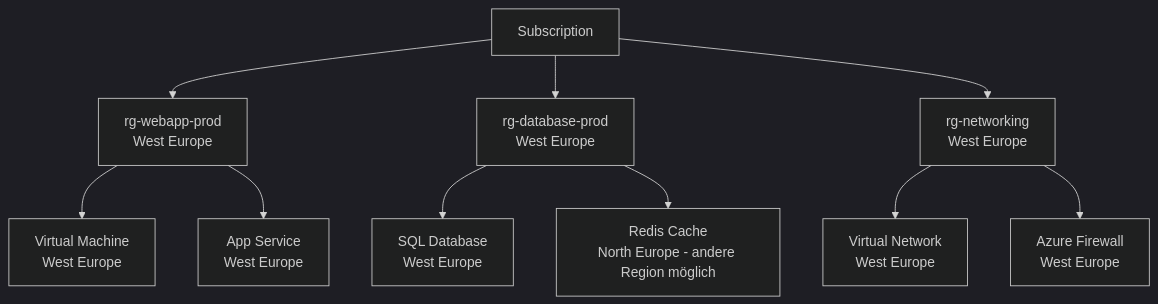
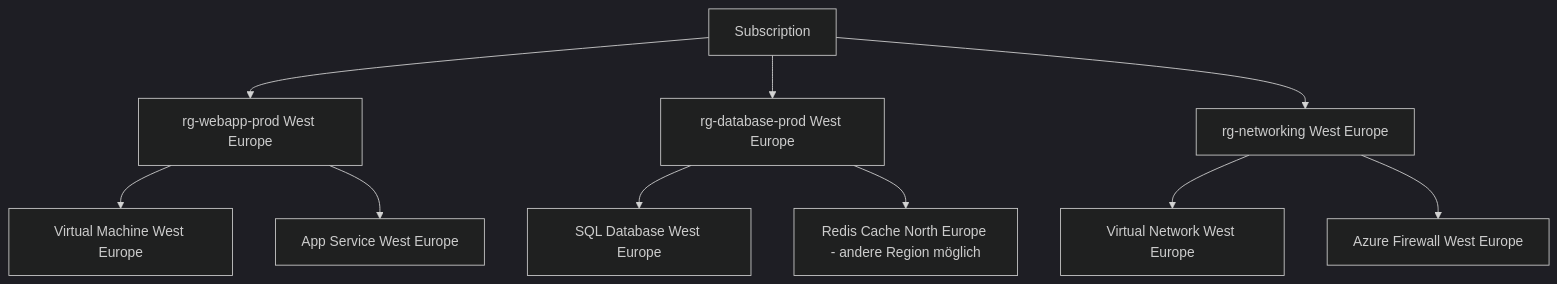
Before and after one commit to SoniiiT/notes-n-docs: the diagram in Microsoft 365/Azure/Grundlagen/Resource Groups.md, drawn with Mermaid (dark theme). The commit also changed 124 other files, not shown here.

First line of the commit message:
fix: Entferne \n aus allen Mermaid-Diagrammen (125 Dateien)

````diff
--- a/Microsoft 365/Azure/Grundlagen/Resource Groups.md
+++ b/Microsoft 365/Azure/Grundlagen/Resource Groups.md
@@ -38,12 +38,12 @@
 ```mermaid
 graph TD
-    SUB[Subscription] --> RG1[rg-webapp-prod\nWest Europe]
-    SUB --> RG2[rg-database-prod\nWest Europe]
-    SUB --> RG3[rg-networking\nWest Europe]
-    RG1 --> VM[Virtual Machine\nWest Europe]
-    RG1 --> AS[App Service\nWest Europe]
-    RG2 --> SQL[SQL Database\nWest Europe]
-    RG2 --> REDIS[Redis Cache\nNorth Europe - andere Region möglich]
-    RG3 --> VNET[Virtual Network\nWest Europe]
-    RG3 --> FW[Azure Firewall\nWest Europe]
+    SUB[Subscription] --> RG1[rg-webapp-prod West Europe]
+    SUB --> RG2[rg-database-prod West Europe]
+    SUB --> RG3[rg-networking West Europe]
+    RG1 --> VM[Virtual Machine West Europe]
+    RG1 --> AS[App Service West Europe]
+    RG2 --> SQL[SQL Database West Europe]
+    RG2 --> REDIS[Redis Cache North Europe - andere Region möglich]
+    RG3 --> VNET[Virtual Network West Europe]
+    RG3 --> FW[Azure Firewall West Europe]
 ```
````
